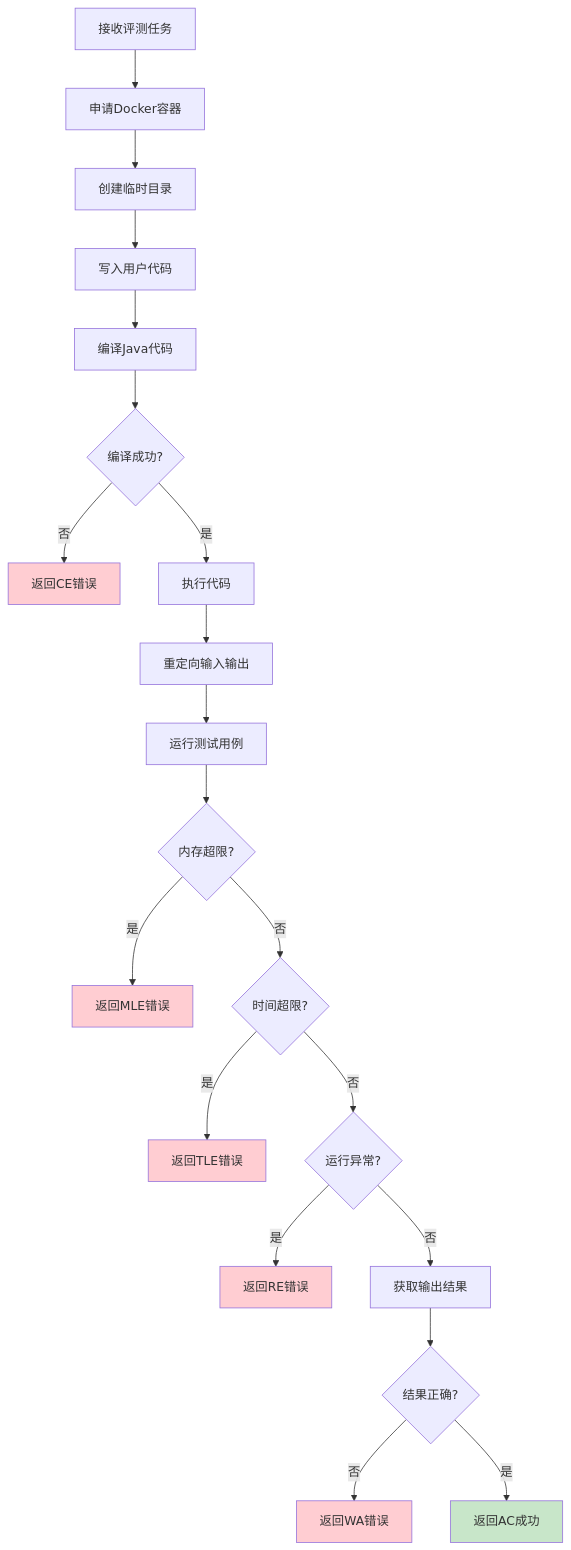
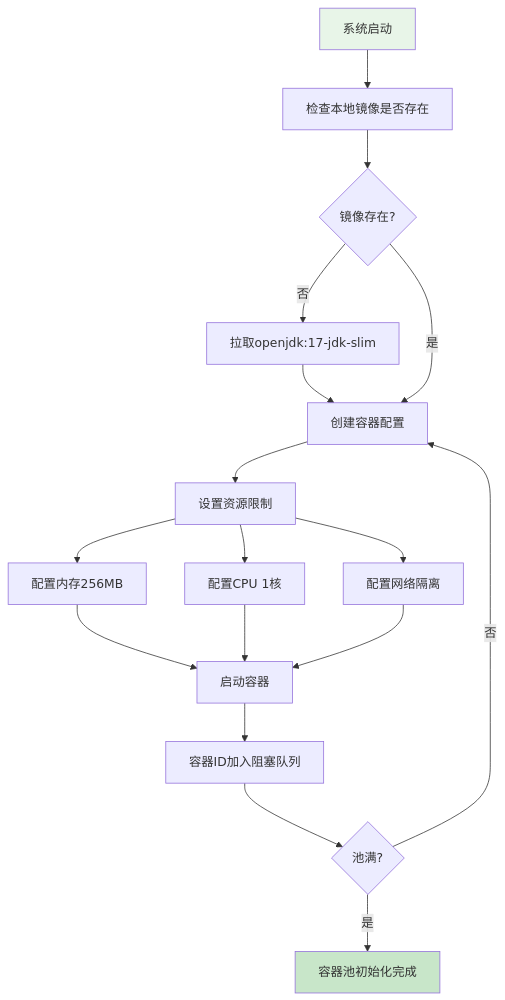
One commit to 1067367579/coding-arena changed the tenth of 14 diagrams in README.md. Above: the diagram before and after it, drawn with Mermaid. The commit also changed other lines of this file and 1 other file, not shown here.

````diff
--- a/README.md
+++ b/README.md
@@ -433,29 +679,22 @@
 ```mermaid
 flowchart TD
-    A[接收评测任务] --> B[申请Docker容器]
-    B --> C[创建临时目录]
-    C --> D[写入用户代码]
-    D --> E[编译Java代码]
-    E --> F{编译成功?}
-    F -->|否| G[返回CE错误]
-    F -->|是| H[执行代码]
-    H --> I[重定向输入输出]
-    I --> J[运行测试用例]
-    J --> K{内存超限?}
-    K -->|是| L[返回MLE错误]
-    K -->|否| M{时间超限?}
-    M -->|是| N[返回TLE错误]
-    M -->|否| O{运行异常?}
-    O -->|是| P[返回RE错误]
-    O -->|否| Q[获取输出结果]
-    Q --> R{结果正确?}
-    R -->|否| S[返回WA错误]
-    R -->|是| T[返回AC成功]
-    
-    style G fill:#ffcdd2
-    style L fill:#ffcdd2
-    style N fill:#ffcdd2
-    style P fill:#ffcdd2
-    style S fill:#ffcdd2
-    style T fill:#c8e6c9
+    A[系统启动] --> B[检查本地镜像是否存在]
+    B --> C{镜像存在?}
+    C -->|否| D[拉取openjdk:17-jdk-slim]
+    D --> E[创建容器配置]
+    C -->|是| E
+    E --> F[设置资源限制]
+    F --> G[配置内存256MB]
+    F --> H[配置CPU 1核]
+    F --> I[配置网络隔离]
+    G --> J[启动容器]
+    H --> J
+    I --> J
+    J --> K[容器ID加入阻塞队列]
+    K --> L{池满?}
+    L -->|否| E
+    L -->|是| M[容器池初始化完成]
+
+    style A fill:#e8f5e8
+    style M fill:#c8e6c9
 ```
````
